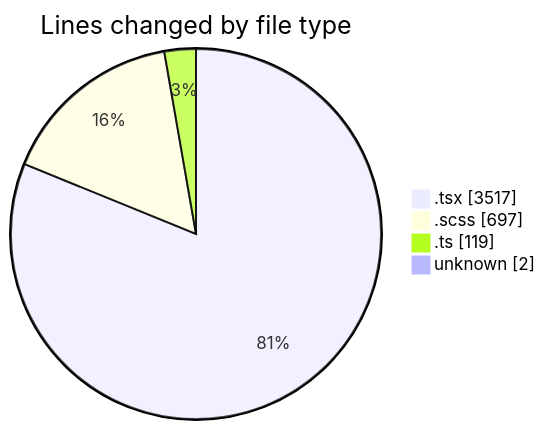
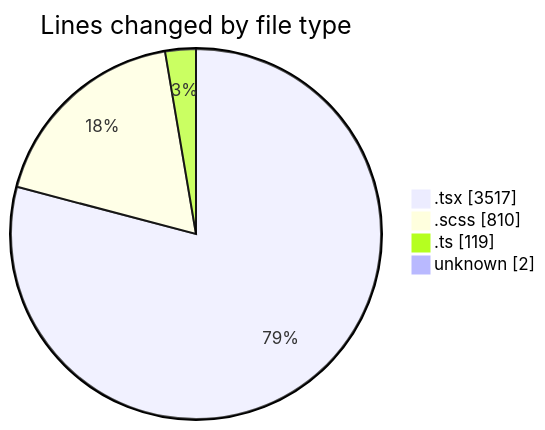
One commit to momahboobian/code-tracking changed the first of 2 diagrams in 2025-06-13/cda/README.md. Above: the diagram before and after it, drawn with Mermaid. The commit also changed other lines of this file and 1 other file, not shown here.

````diff
--- a/2025-06-13/cda/README.md
+++ b/2025-06-13/cda/README.md
@@ -35,8 +36,8 @@
 ```mermaid
 pie showData
 title Lines changed by file type
 ".tsx" : 3517
-".scss" : 697
+".scss" : 810
 ".ts" : 119
 "unknown" : 2
 ```
````
